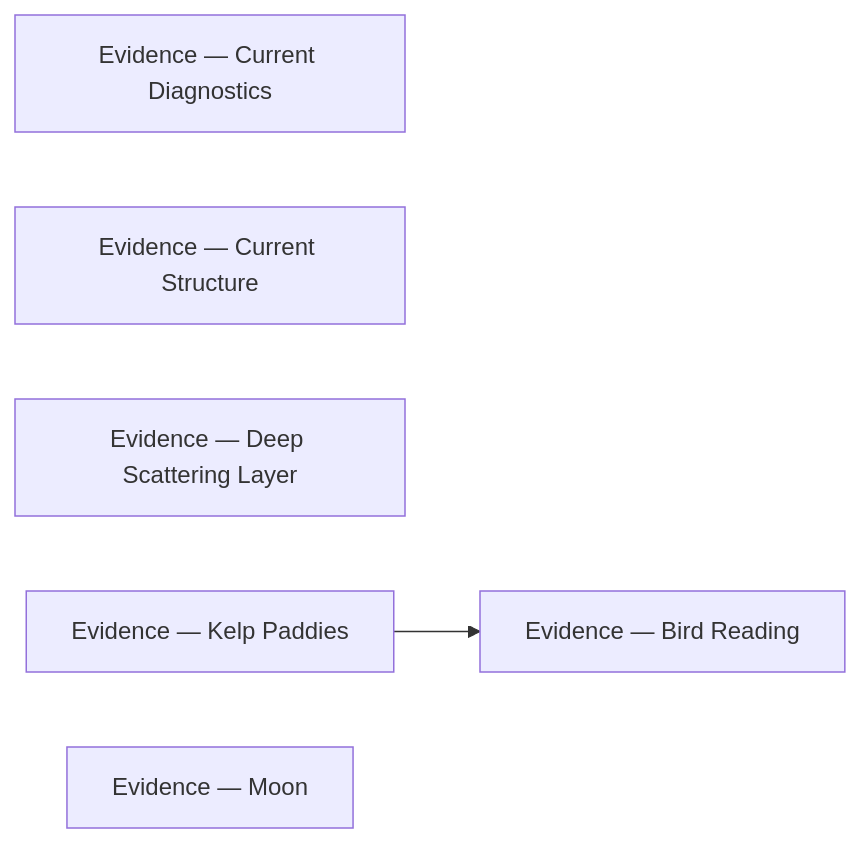
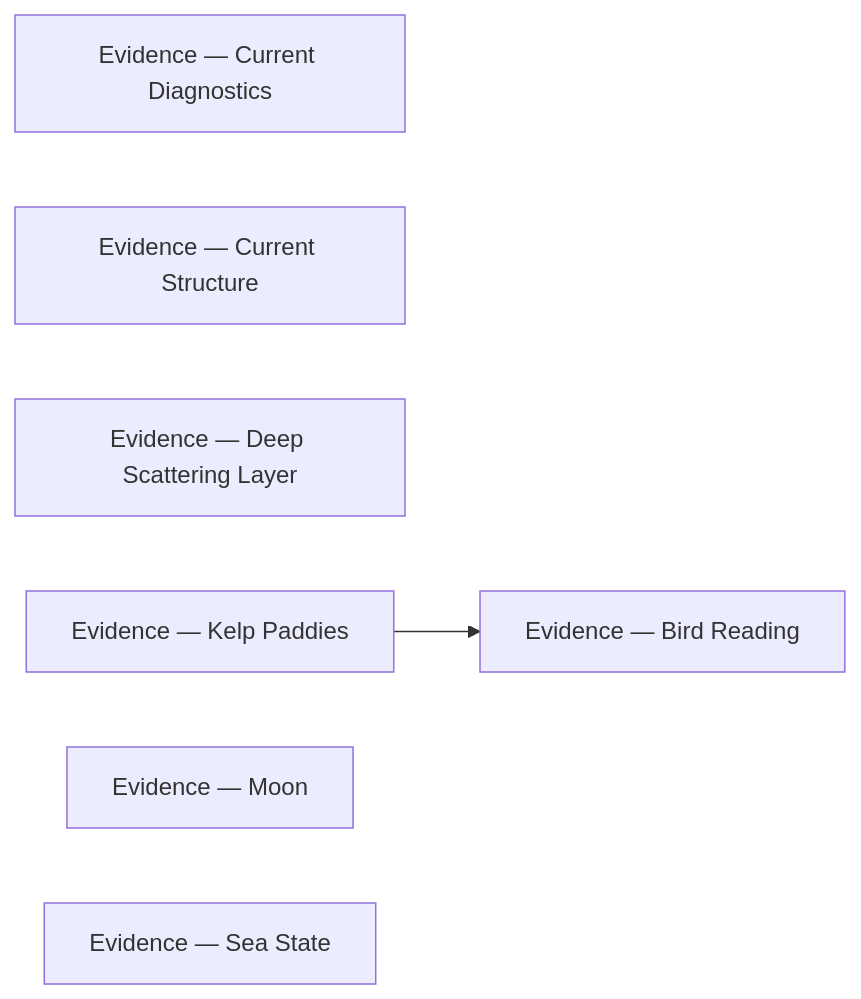
The diagram in conditions/evidence/README.md (camchuckpete-max/Socal-Fishing-Knowledge), drawn with Mermaid before and after one commit. The commit also changed other lines of this file and 4 other files, not shown here.

````diff
--- a/conditions/evidence/README.md
+++ b/conditions/evidence/README.md
@@ -19,10 +20,11 @@
 ```mermaid
 graph LR
   n0["Evidence — Bird Reading"]
   n1["Evidence — Current Diagnostics"]
   n2["Evidence — Current Structure"]
   n3["Evidence — Deep Scattering Layer"]
   n4["Evidence — Kelp Paddies"]
   n5["Evidence — Moon"]
+  n6["Evidence — Sea State"]
   n4 --> n0
 ```
````
